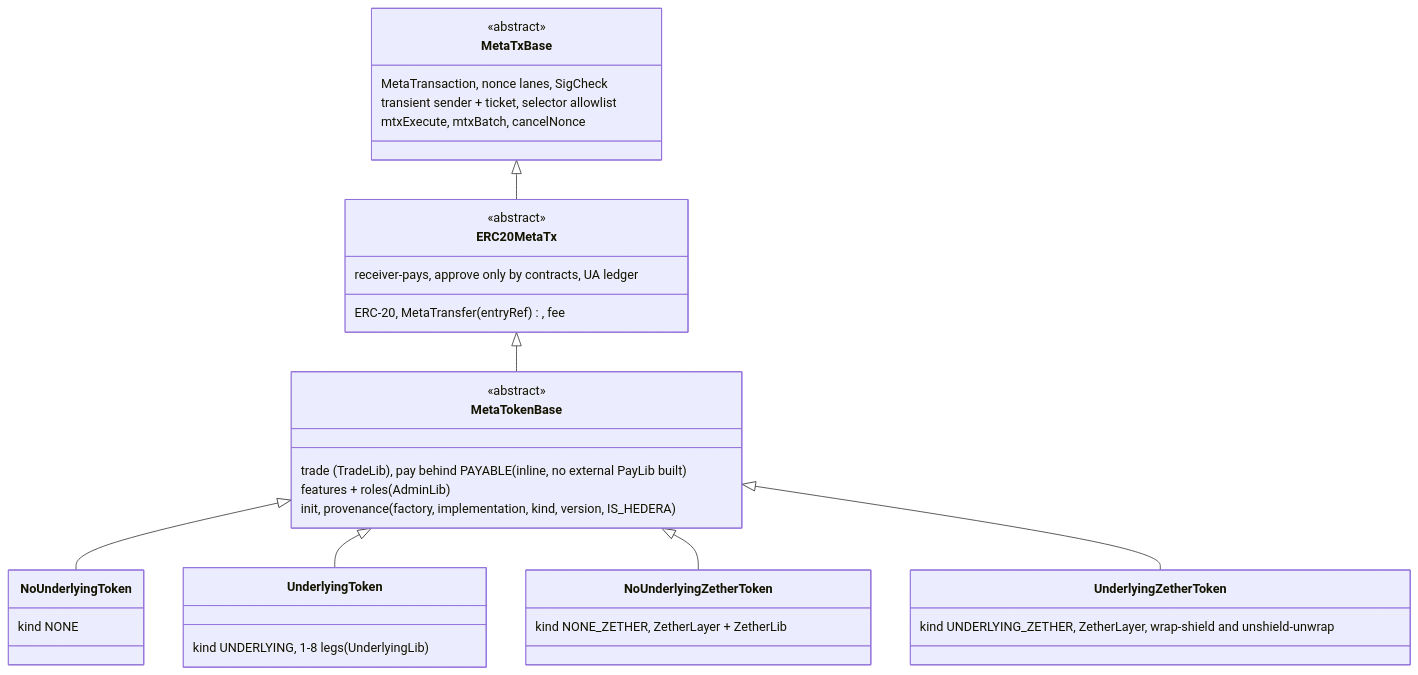
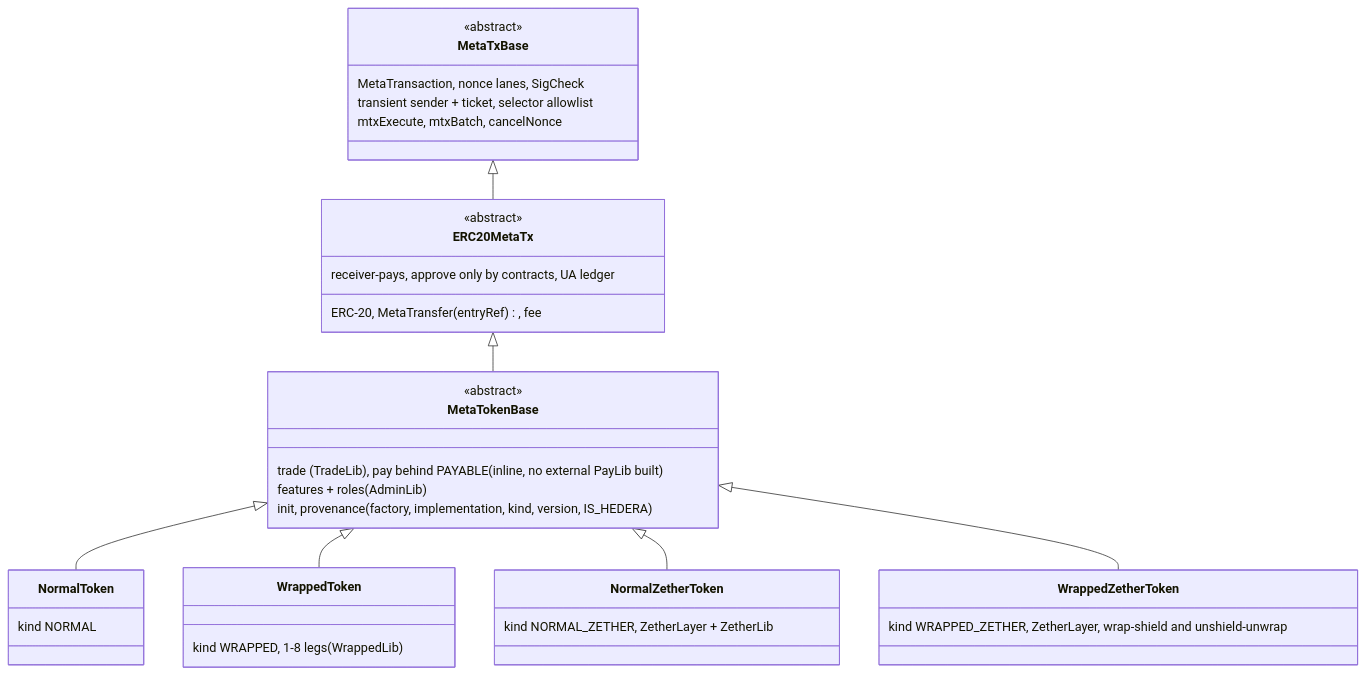
Before and after one commit to dinhduongha/scaas: the diagram in docs/contracts/token-wrappers.md, drawn with Mermaid. The commit also changed other lines of this file and 53 other files, not shown here.

````diff
--- a/docs/contracts/token-wrappers.md
+++ b/docs/contracts/token-wrappers.md
@@ -33,30 +33,30 @@
 ```mermaid
 classDiagram
     MetaTxBase <|-- ERC20MetaTx
     ERC20MetaTx <|-- MetaTokenBase
-    MetaTokenBase <|-- NoUnderlyingToken
-    MetaTokenBase <|-- UnderlyingToken
-    MetaTokenBase <|-- NoUnderlyingZetherToken
-    MetaTokenBase <|-- UnderlyingZetherToken
+    MetaTokenBase <|-- NormalToken
+    MetaTokenBase <|-- WrappedToken
+    MetaTokenBase <|-- NormalZetherToken
+    MetaTokenBase <|-- WrappedZetherToken
     class MetaTxBase {
         <<abstract>>
         MetaTransaction, nonce lanes, SigCheck
         transient sender + ticket, selector allowlist
         mtxExecute, mtxBatch, cancelNonce
     }
     class ERC20MetaTx {
         <<abstract>>
         ERC-20, MetaTransfer (entryRef), fee
         receiver-pays, approve only by contracts, UA ledger
     }
     class MetaTokenBase {
         <<abstract>>
         trade (TradeLib), pay behind PAYABLE (inline, no external PayLib built)
         features + roles (AdminLib)
         init, provenance (factory, implementation, kind, version, IS_HEDERA)
     }
-    class NoUnderlyingToken { kind NONE }
-    class UnderlyingToken { kind UNDERLYING, 1-8 legs (UnderlyingLib) }
-    class NoUnderlyingZetherToken { kind NONE_ZETHER, ZetherLayer + ZetherLib }
-    class UnderlyingZetherToken { kind UNDERLYING_ZETHER, ZetherLayer, wrap-shield and unshield-unwrap }
+    class NormalToken { kind NORMAL }
+    class WrappedToken { kind WRAPPED, 1-8 legs (WrappedLib) }
+    class NormalZetherToken { kind NORMAL_ZETHER, ZetherLayer + ZetherLib }
+    class WrappedZetherToken { kind WRAPPED_ZETHER, ZetherLayer, wrap-shield and unshield-unwrap }
 ```
````
